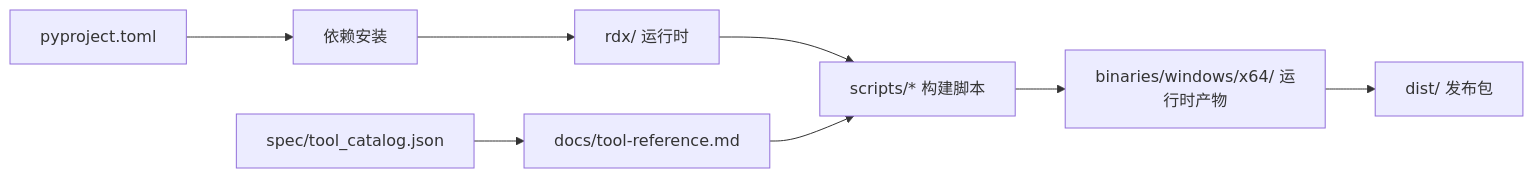
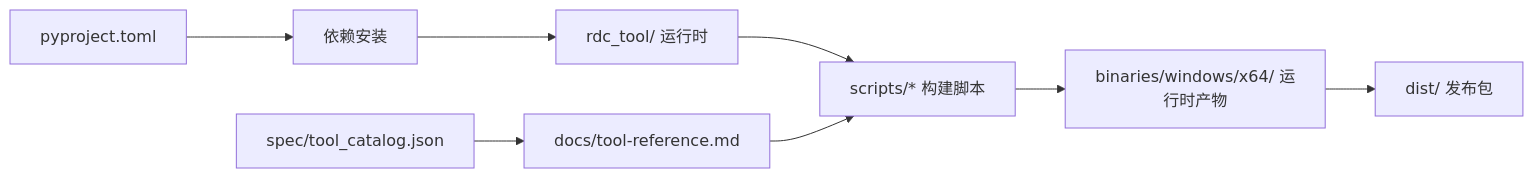
The sixth of 6 diagrams in .qoder/repowiki/zh/content/开发指南/构建和发布.md (haolange/RDC-Tool), drawn with Mermaid before and after one commit. The commit also changed other lines of this file and 388 other files, not shown here.

First line of the commit message:
Release RDC-Tool identity and public maintenance surface

````diff
--- a/.qoder/repowiki/zh/content/开发指南/构建和发布.md
+++ b/.qoder/repowiki/zh/content/开发指南/构建和发布.md
@@ -273,10 +273,10 @@
 ```mermaid
 graph LR
 A["pyproject.toml"] --> B["依赖安装"]
-B --> C["rdx/ 运行时"]
+B --> C["rdc_tool/ 运行时"]
 C --> D["scripts/* 构建脚本"]
 D --> E["binaries/windows/x64/ 运行时产物"]
 E --> F["dist/ 发布包"]
 G["spec/tool_catalog.json"] --> H["docs/tool-reference.md"]
 H --> D
 ```
````
